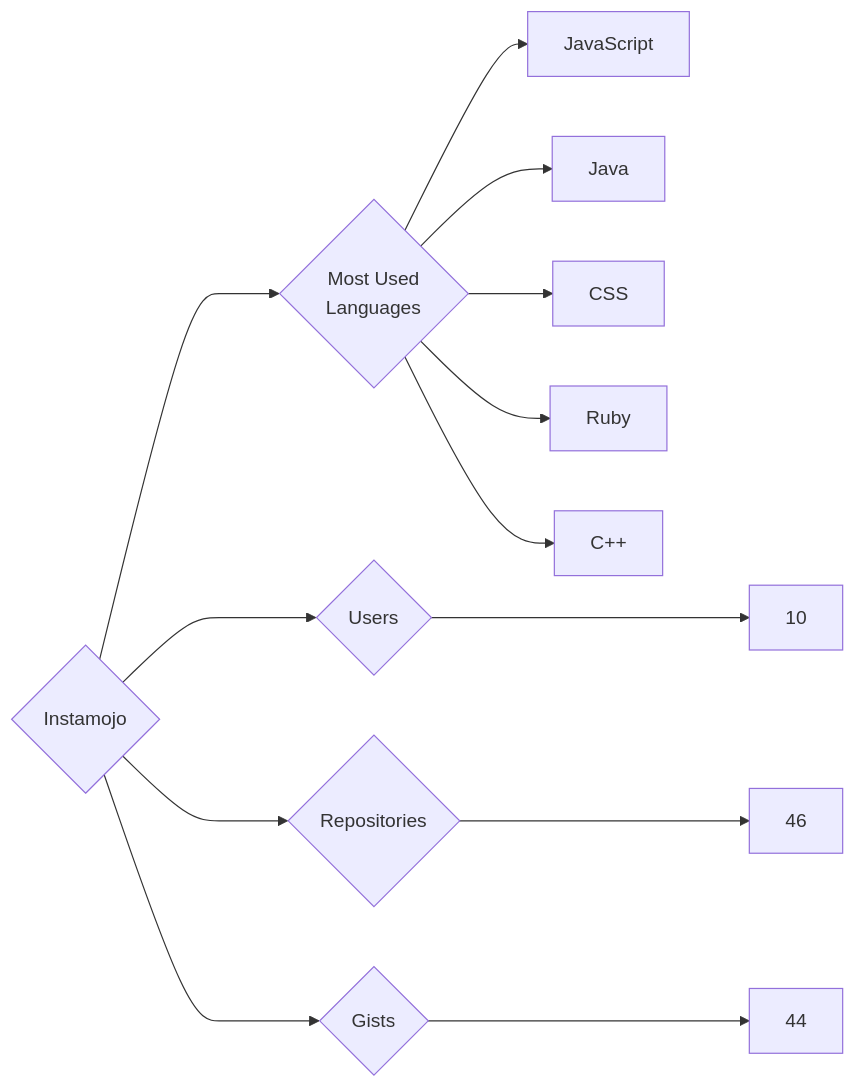
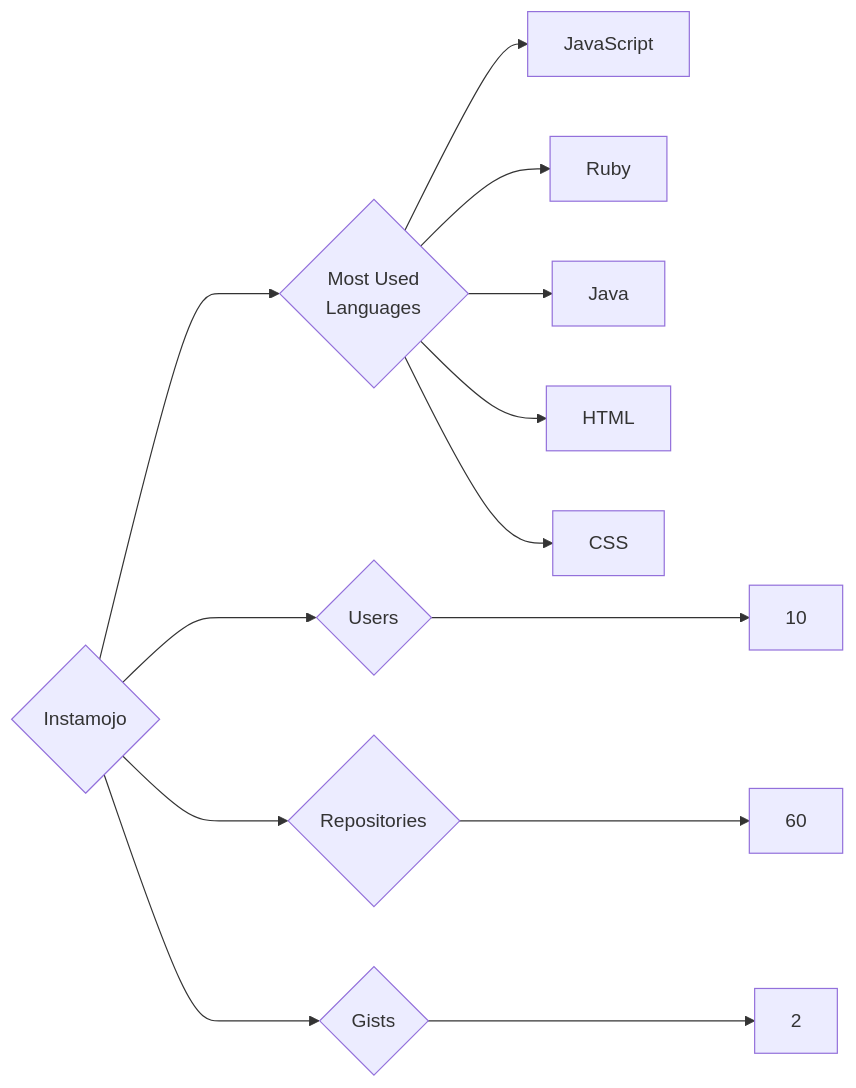
The diagram in targets/Instamojo/README.md (trickest/insiders), drawn with Mermaid before and after one commit. The commit also changed 1149 other files, not shown here.

````diff
--- a/targets/Instamojo/README.md
+++ b/targets/Instamojo/README.md
@@ -3,13 +3,13 @@
 ```mermaid
 graph LR
 COMPANY_NAME{Instamojo}
 COMPANY_NAME ---> U{Users} ---> UN[10]
-COMPANY_NAME ---> R{Repositories} ---> RN[46]
-COMPANY_NAME ---> G{Gists} ---> GN[44]
+COMPANY_NAME ---> R{Repositories} ---> RN[60]
+COMPANY_NAME ---> G{Gists} ---> GN[2]
 COMPANY_NAME ---> ML{Most Used<br>Languages}
 ML --> JavaScript[JavaScript]
+ML --> Ruby[Ruby]
 ML --> Java[Java]
+ML --> HTML[HTML]
 ML --> CSS[CSS]
-ML --> Ruby[Ruby]
-ML --> C++[C++]
 ```
````
